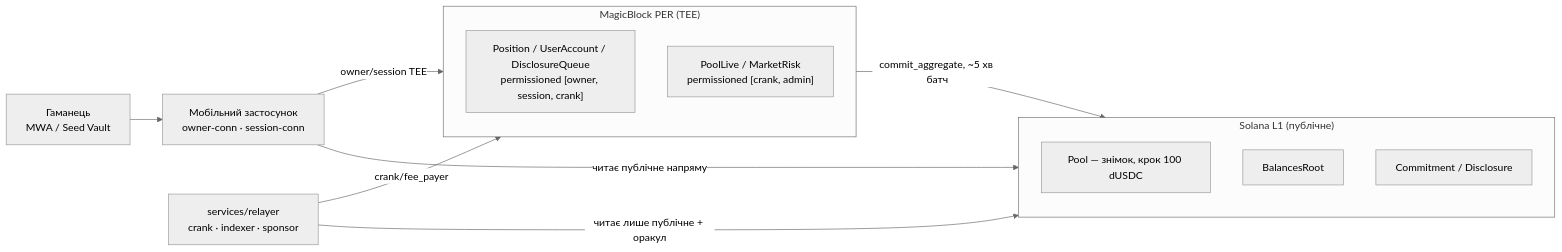
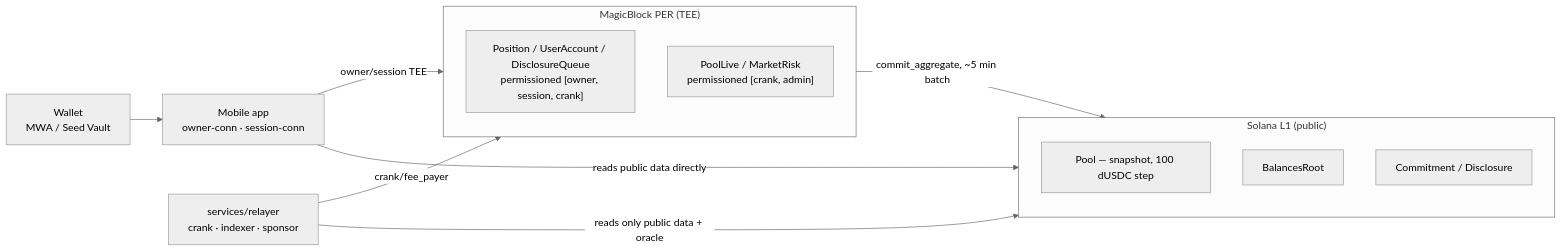
Before and after one commit to VitalikCholan/dexxer: the diagram in README.md, drawn with Mermaid (neutral theme). The commit also changed other lines of this file and 54 other files, not shown here.

````diff
--- a/README.md
+++ b/README.md
@@ -22,18 +23,18 @@
 ```mermaid
 flowchart LR
-    W[Гаманець<br/>MWA / Seed Vault] --> APP[Мобільний застосунок<br/>owner-conn · session-conn]
+    W[Wallet<br/>MWA / Seed Vault] --> APP[Mobile app<br/>owner-conn · session-conn]
     APP -- owner/session TEE --> ER
     subgraph ER["MagicBlock PER (TEE)"]
         POS["Position / UserAccount / DisclosureQueue<br/>permissioned [owner, session, crank]"]
         PL["PoolLive / MarketRisk<br/>permissioned [crank, admin]"]
     end
     CRANK[services/relayer<br/>crank · indexer · sponsor] -- crank/fee_payer --> ER
-    ER -- "commit_aggregate, ~5 хв батч" --> L1
-    subgraph L1["Solana L1 (публічне)"]
-        POOL["Pool — знімок, крок 100 dUSDC"]
+    ER -- "commit_aggregate, ~5 min batch" --> L1
+    subgraph L1["Solana L1 (public)"]
+        POOL["Pool — snapshot, 100 dUSDC step"]
         ROOT["BalancesRoot"]
         DISC["Commitment / Disclosure"]
     end
-    CRANK -- "читає лише публічне + оракул" --> L1
-    APP -- "читає публічне напряму" --> L1
+    CRANK -- "reads only public data + oracle" --> L1
+    APP -- "reads public data directly" --> L1
 ```
````
